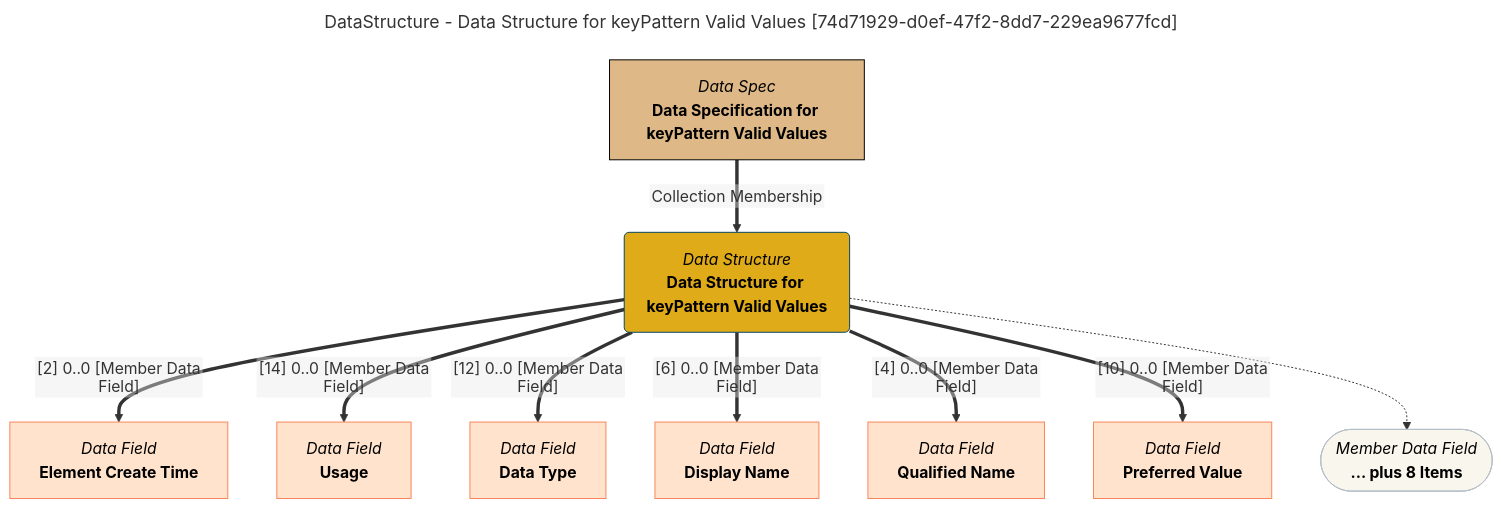
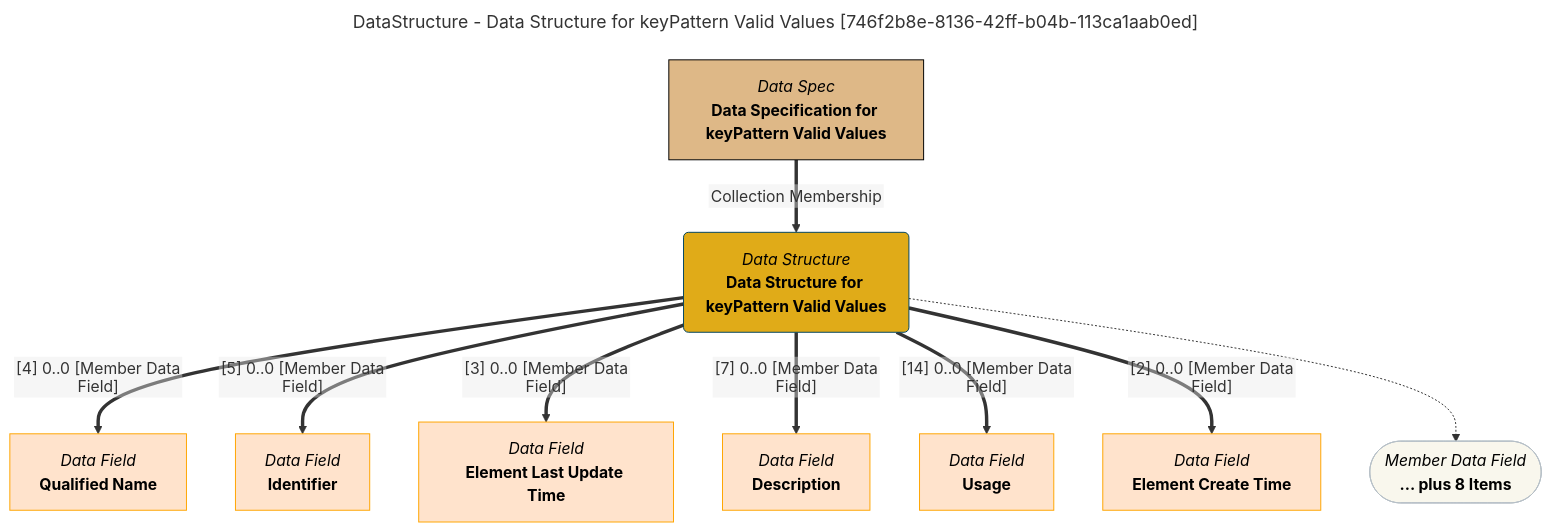
The diagram in site/snippets/data-structures/data-structure-for-keypattern-valid-values-mermaid-graph.md (odpi/egeria-docs), drawn with Mermaid before and after one commit. The commit also changed 2201 other files, not shown here.

````diff
--- a/site/snippets/data-structures/data-structure-for-keypattern-valid-values-mermaid-graph.md
+++ b/site/snippets/data-structures/data-structure-for-keypattern-valid-values-mermaid-graph.md
@@ -1,43 +1,43 @@
 ```mermaid
 ---
-title: DataStructure - Data Structure for keyPattern Valid Values [74d71929-d0ef-47f2-8dd7-229ea9677fcd]
+title: DataStructure - Data Structure for keyPattern Valid Values [746f2b8e-8136-42ff-b04b-113ca1aab0ed]
 ---
 flowchart TD
 %%{init: {"flowchart": {"htmlLabels": false}} }%%
 
 1@{ shape: rounded, label: "*Data Structure*
 **Data Structure for keyPattern Valid Values**"}
 2@{ shape: rect, label: "*Data Spec*
 **Data Specification for keyPattern Valid Values**"}
 2==>|"Collection Membership"|1
 3@{ shape: rect, label: "*Data Field*
+**Qualified Name**"}
+1==>|"[4] 0..0 [Member Data Field]"|3
+4@{ shape: rect, label: "*Data Field*
+**Identifier**"}
+1==>|"[5] 0..0 [Member Data Field]"|4
+5@{ shape: rect, label: "*Data Field*
+**Element Last Update Time**"}
+1==>|"[3] 0..0 [Member Data Field]"|5
+6@{ shape: rect, label: "*Data Field*
+**Description**"}
+1==>|"[7] 0..0 [Member Data Field]"|6
+7@{ shape: rect, label: "*Data Field*
+**Usage**"}
+1==>|"[14] 0..0 [Member Data Field]"|7
+8@{ shape: rect, label: "*Data Field*
 **Element Create Time**"}
-1==>|"[2] 0..0 [Member Data Field]"|3
-4@{ shape: rect, label: "*Data Field*
-**Usage**"}
-1==>|"[14] 0..0 [Member Data Field]"|4
-5@{ shape: rect, label: "*Data Field*
-**Data Type**"}
-1==>|"[12] 0..0 [Member Data Field]"|5
-6@{ shape: rect, label: "*Data Field*
-**Display Name**"}
-1==>|"[6] 0..0 [Member Data Field]"|6
-7@{ shape: rect, label: "*Data Field*
-**Qualified Name**"}
-1==>|"[4] 0..0 [Member Data Field]"|7
-8@{ shape: rect, label: "*Data Field*
-**Preferred Value**"}
-1==>|"[10] 0..0 [Member Data Field]"|8
+1==>|"[2] 0..0 [Member Data Field]"|8
 9@{ shape: stadium, label: "*Member Data Field*
 **... plus 8 Items**"}
 1-.->9
 style 1 color:#000000, fill:#e0ab18, stroke:#004563
-style 2 color:#000000, fill:#deb887, stroke:#000000
-style 3 color:#000000, fill:#ffe3cc, stroke:#f9845b
-style 4 color:#000000, fill:#ffe3cc, stroke:#f9845b
-style 5 color:#000000, fill:#ffe3cc, stroke:#f9845b
-style 6 color:#000000, fill:#ffe3cc, stroke:#f9845b
-style 7 color:#000000, fill:#ffe3cc, stroke:#f9845b
-style 8 color:#000000, fill:#ffe3cc, stroke:#f9845b
+style 2 color:#000000, fill:#DEB887, stroke:#000000
+style 3 color:#000000, fill:#ffe3cc, stroke:#FFA500
+style 4 color:#000000, fill:#ffe3cc, stroke:#FFA500
+style 5 color:#000000, fill:#ffe3cc, stroke:#FFA500
+style 6 color:#000000, fill:#ffe3cc, stroke:#FFA500
+style 7 color:#000000, fill:#ffe3cc, stroke:#FFA500
+style 8 color:#000000, fill:#ffe3cc, stroke:#FFA500
 style 9 color:#000000, fill:#F9F7ED, stroke:#b7c0c7
 ```
````
